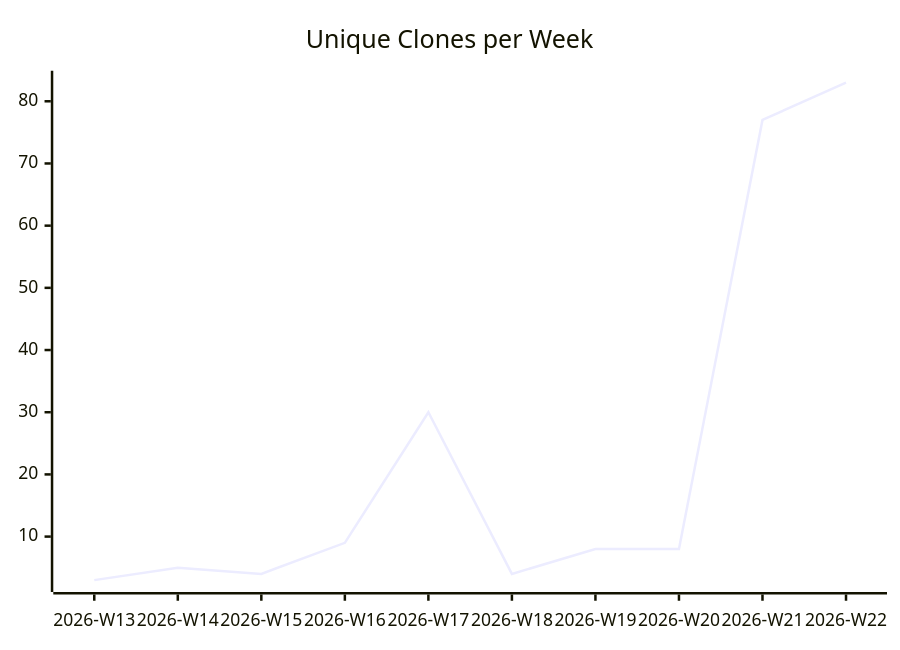
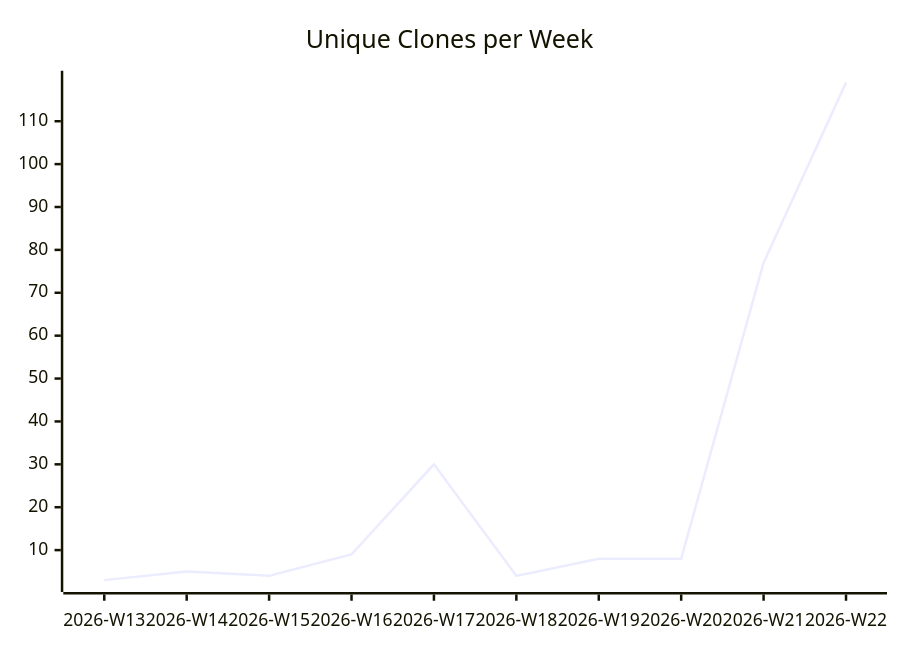
Before and after one commit to justdavis-family/github-analytics-data: the third of 3 diagrams in karlmdavis/dotfiles/README.md, drawn with Mermaid. The commit also changed other lines of this file and 190 other files, not shown here.

````diff
--- a/karlmdavis/dotfiles/README.md
+++ b/karlmdavis/dotfiles/README.md
@@ -19,6 +19,6 @@
 ```mermaid
 xychart-beta
   title "Unique Clones per Week"
   x-axis ["2026-W13", "2026-W14", "2026-W15", "2026-W16", "2026-W17", "2026-W18", "2026-W19", "2026-W20", "2026-W21", "2026-W22"]
-  line [3, 5, 4, 9, 30, 4, 8, 8, 77, 83]
+  line [3, 5, 4, 9, 30, 4, 8, 8, 77, 119]
 ```
````
